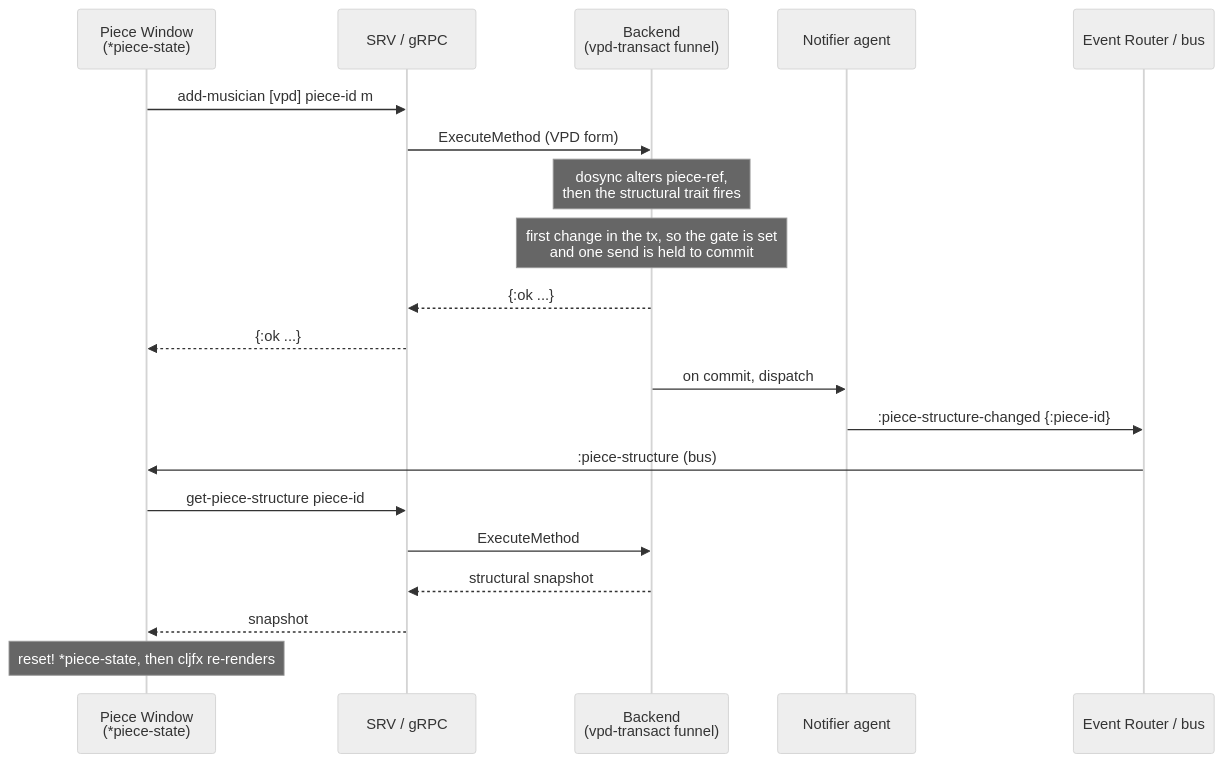
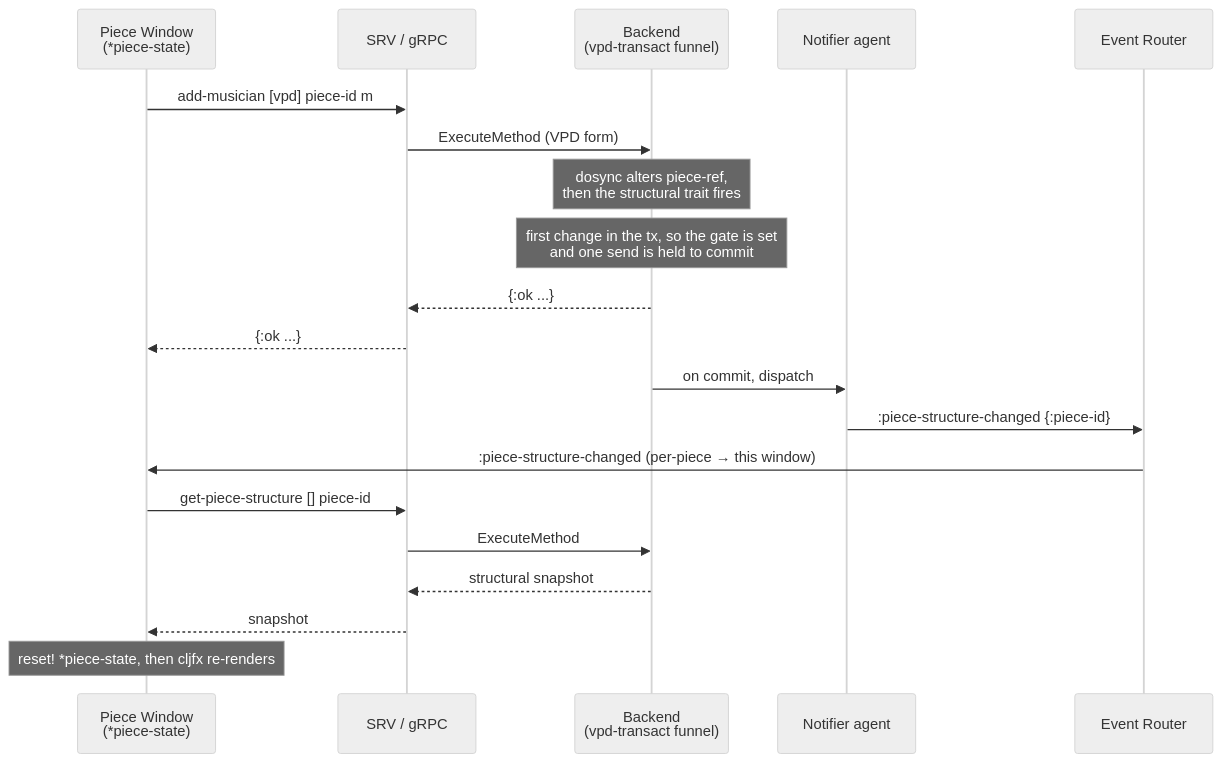
One commit to PeterBengtson/Ooloi-docs changed the first of 2 diagrams in ADRs/0052-Change-Detection-and-Event-Generation.md. Above: the diagram before and after it, drawn with Mermaid (neutral theme). The commit also changed other lines of this file and 1 other file, not shown here.

````diff
--- a/ADRs/0052-Change-Detection-and-Event-Generation.md
+++ b/ADRs/0052-Change-Detection-and-Event-Generation.md
@@ -148,23 +148,23 @@
 ```mermaid
 sequenceDiagram
     participant FE as Piece Window<br/>(*piece-state)
     participant SRV as SRV / gRPC
     participant BE as Backend<br/>(vpd-transact funnel)
     participant AG as Notifier agent
-    participant ER as Event Router / bus
+    participant ER as Event Router
 
     FE->>SRV: add-musician [vpd] piece-id m
     SRV->>BE: ExecuteMethod (VPD form)
     Note over BE: dosync alters piece-ref,<br/>then the structural trait fires
     Note over BE: first change in the tx, so the gate is set<br/>and one send is held to commit
     BE-->>SRV: {:ok ...}
     SRV-->>FE: {:ok ...}
     BE->>AG: on commit, dispatch
     AG->>ER: :piece-structure-changed {:piece-id}
-    ER->>FE: :piece-structure (bus)
-    FE->>SRV: get-piece-structure piece-id
+    ER->>FE: :piece-structure-changed (per-piece → this window)
+    FE->>SRV: get-piece-structure [] piece-id
     SRV->>BE: ExecuteMethod
     BE-->>SRV: structural snapshot
     SRV-->>FE: snapshot
     Note over FE: reset! *piece-state, then cljfx re-renders
 ```
````
